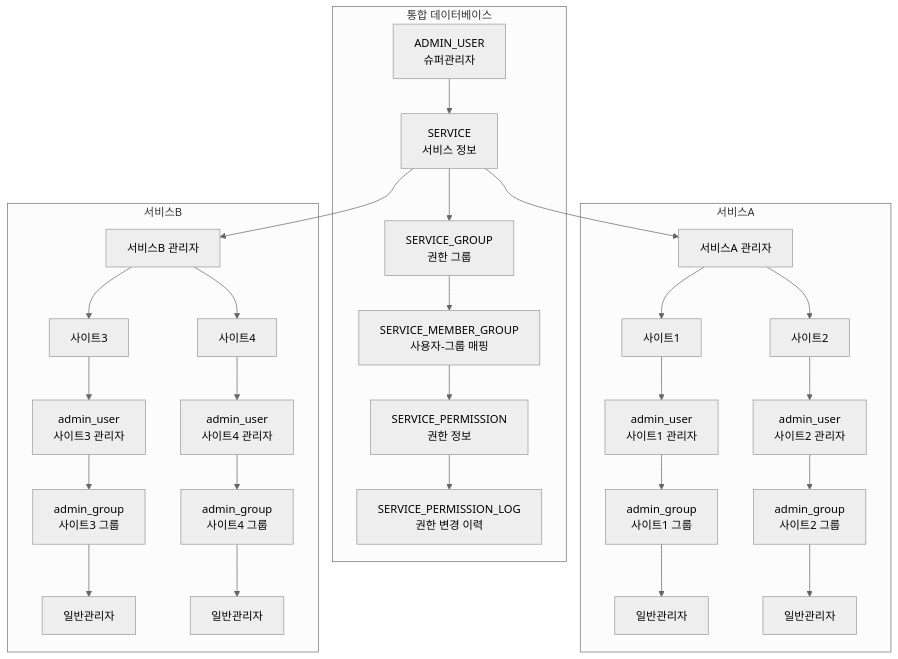
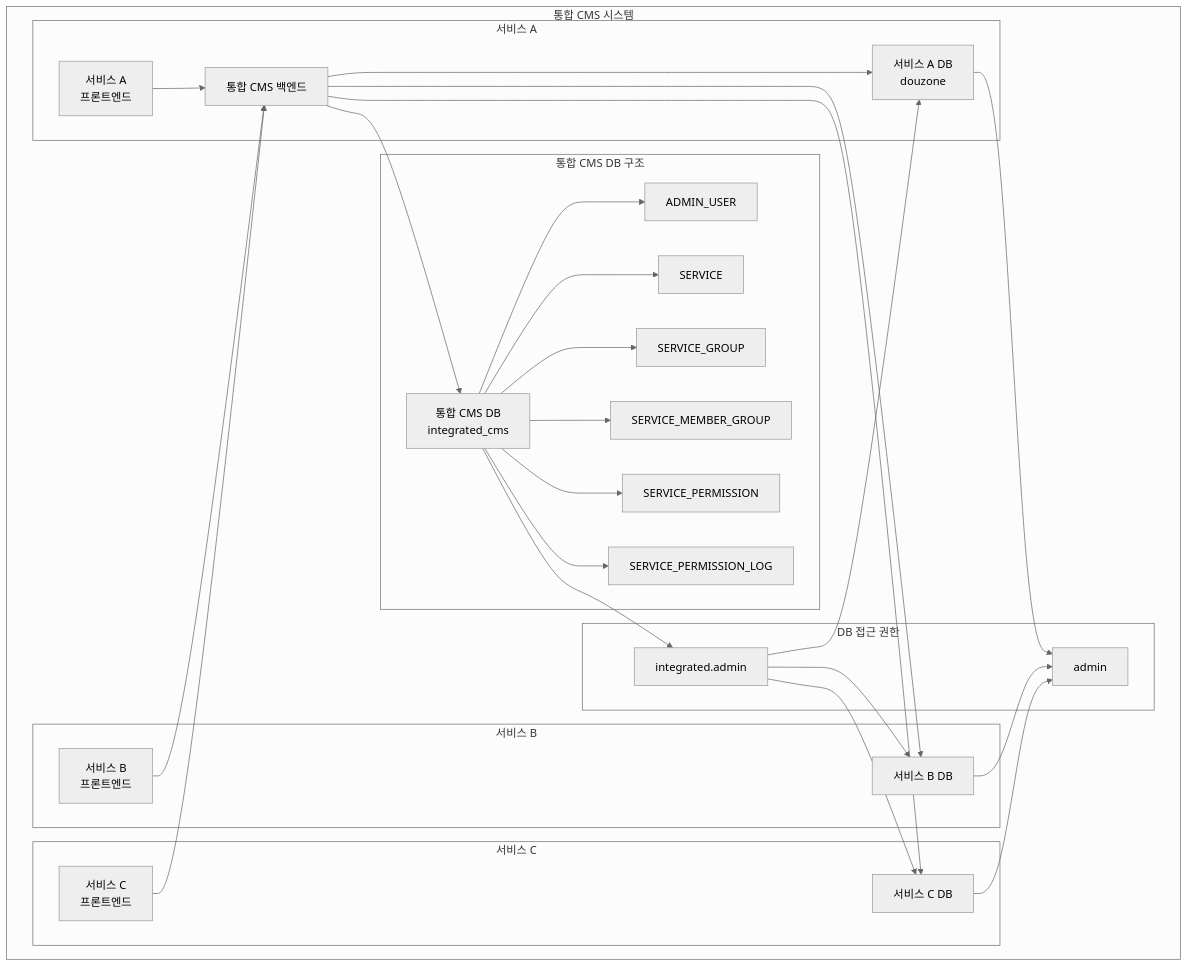
The first of 2 diagrams in .cursor/docs/v2/database_integration.md (Russ481-k/integrated-cms), drawn with Mermaid (neutral theme) before and after one commit. The commit also changed other lines of this file and 4 other files, not shown here.

Commit message:
[refactor] Enhance 통합 CMS v2 documentation by restructuring database architecture diagrams, clarifying database access roles, and detailing dynamic service routing mechanisms, improving overall clarity and usability for developers and administrators.

````diff
--- a/.cursor/docs/v2/database_integration.md
+++ b/.cursor/docs/v2/database_integration.md
@@ -7,35 +7,40 @@
 ```mermaid
 graph TD
-    subgraph 통합 데이터베이스
-        A[ADMIN_USER<br/>슈퍼관리자] --> B[SERVICE<br/>서비스 정보]
-        B --> C[SERVICE_GROUP<br/>권한 그룹]
-        C --> D[SERVICE_MEMBER_GROUP<br/>사용자-그룹 매핑]
-        D --> E[SERVICE_PERMISSION<br/>권한 정보]
-        E --> F[SERVICE_PERMISSION_LOG<br/>권한 변경 이력]
+    subgraph "통합 CMS 시스템"
+        CMS[통합 CMS 백엔드] --> CMSDB[통합 CMS DB<br/>integrated_cms]
+        
+        subgraph "통합 CMS DB 구조"
+            CMSDB --> A1[ADMIN_USER]
+            CMSDB --> A2[SERVICE]
+            CMSDB --> A3[SERVICE_GROUP]
+            CMSDB --> A4[SERVICE_MEMBER_GROUP]
+            CMSDB --> A5[SERVICE_PERMISSION]
+            CMSDB --> A6[SERVICE_PERMISSION_LOG]
+        end
+        
+        subgraph "서비스 A"
+            SA[서비스 A<br/>프론트엔드] --> CMS
+            CMS --> DB1[서비스 A DB<br/>douzone]
+        end
+        
+        subgraph "서비스 B"
+            SB[서비스 B<br/>프론트엔드] --> CMS
+            CMS --> DB2[서비스 B DB]
+        end
+        
+        subgraph "서비스 C"
+            SC[서비스 C<br/>프론트엔드] --> CMS
+            CMS --> DB3[서비스 C DB]
+        end
+        
+        subgraph "DB 접근 권한"
+            CMSDB --> IA[integrated.admin]
+            DB1 --> AD[admin]
+            DB2 --> AD
+            DB3 --> AD
+            IA --> DB1
+            IA --> DB2
+            IA --> DB3
+        end
     end
-
-    subgraph 서비스A
-        SA[서비스A 관리자] --> S1[사이트1]
-        SA --> S2[사이트2]
-        S1 --> G1[admin_user<br/>사이트1 관리자]
-        S2 --> G2[admin_user<br/>사이트2 관리자]
-        G1 --> H1[admin_group<br/>사이트1 그룹]
-        G2 --> H2[admin_group<br/>사이트2 그룹]
-        H1 --> I1[일반관리자]
-        H2 --> I2[일반관리자]
-    end
-
-    subgraph 서비스B
-        SB[서비스B 관리자] --> S3[사이트3]
-        SB --> S4[사이트4]
-        S3 --> G3[admin_user<br/>사이트3 관리자]
-        S4 --> G4[admin_user<br/>사이트4 관리자]
-        G3 --> H3[admin_group<br/>사이트3 그룹]
-        G4 --> H4[admin_group<br/>사이트4 그룹]
-        H3 --> I3[일반관리자]
-        H4 --> I4[일반관리자]
-    end
-
-    B --> SA
-    B --> SB
 ```
````
